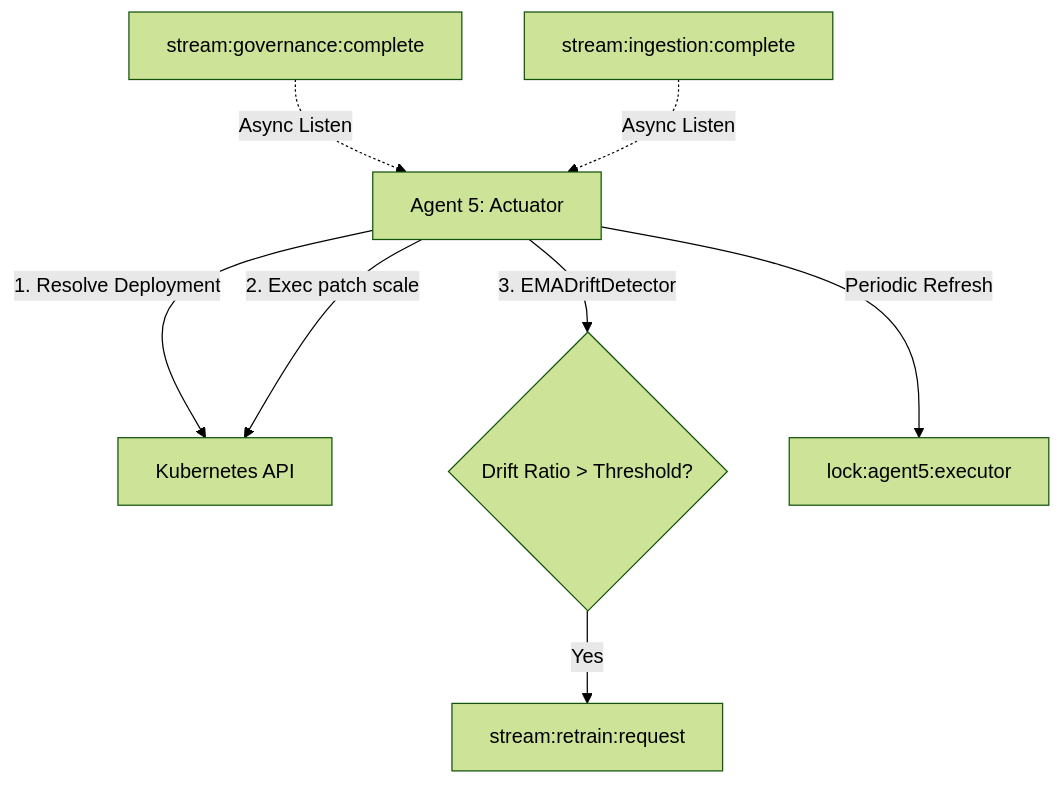
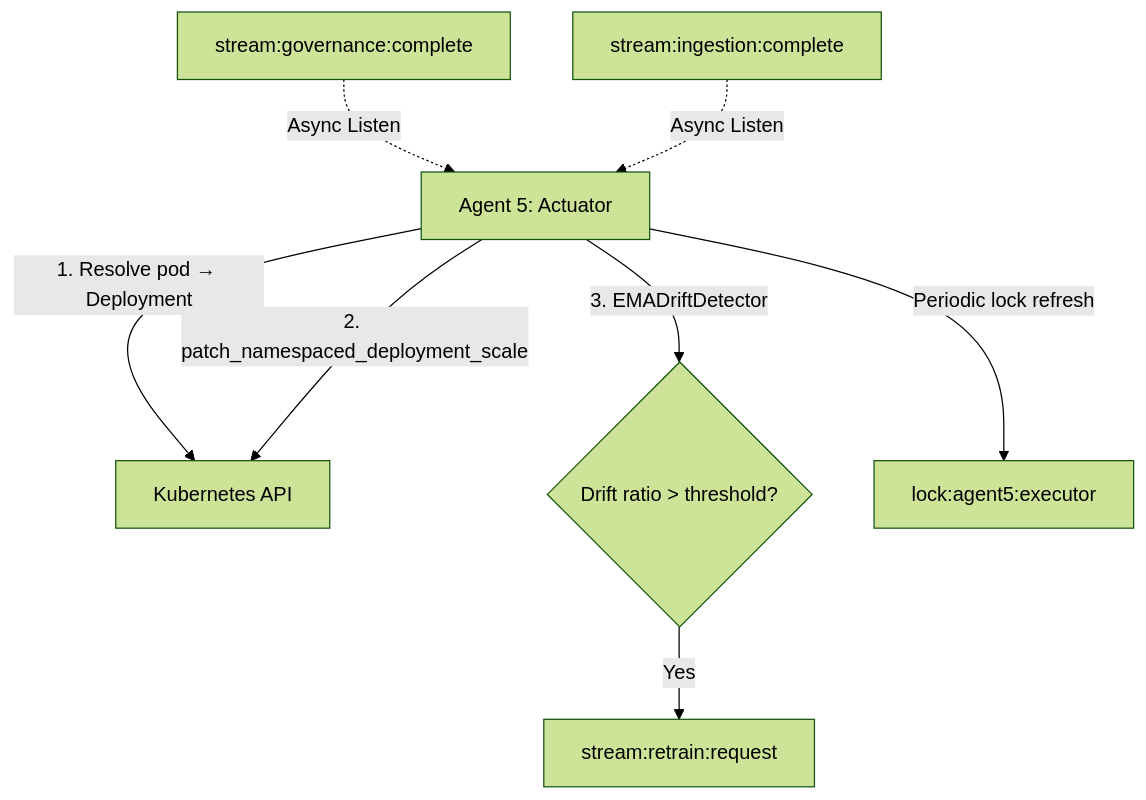
Before and after one commit to HPE-CPP-3/pipeline-v2: the diagram in decision_agents/agent5/README.md, drawn with Mermaid (forest theme). The commit also changed other lines of this file and 22 other files, not shown here.

````diff
--- a/decision_agents/agent5/README.md
+++ b/decision_agents/agent5/README.md
@@ -15,17 +17,13 @@
 ```mermaid
 graph TD
-    %% Subscribing to Redis Streams
     StreamGov[stream:governance:complete] -.->|Async Listen| Agent5[Agent 5: Actuator]
     StreamIngest[stream:ingestion:complete] -.->|Async Listen| Agent5
-    
-    %% Scaling Path
-    Agent5 -->|1. Resolve Deployment| K8sAPI[Kubernetes API]
-    Agent5 -->|2. Exec patch scale| K8sAPI
-    
-    %% Drift Path
-    Agent5 -->|3. EMADriftDetector| DriftCheck{Drift Ratio > Threshold?}
+
+    Agent5 -->|1. Resolve pod → Deployment| K8sAPI[Kubernetes API]
+    Agent5 -->|2. patch_namespaced_deployment_scale| K8sAPI
+
+    Agent5 -->|3. EMADriftDetector| DriftCheck{Drift ratio > threshold?}
     DriftCheck -->|Yes| StreamRetrain[stream:retrain:request]
-    
-    %% Lock refresher
-    Agent5 -->|Periodic Refresh| LockKey[lock:agent5:executor]
+
+    Agent5 -->|Periodic lock refresh| LockKey[lock:agent5:executor]
 ```
````
